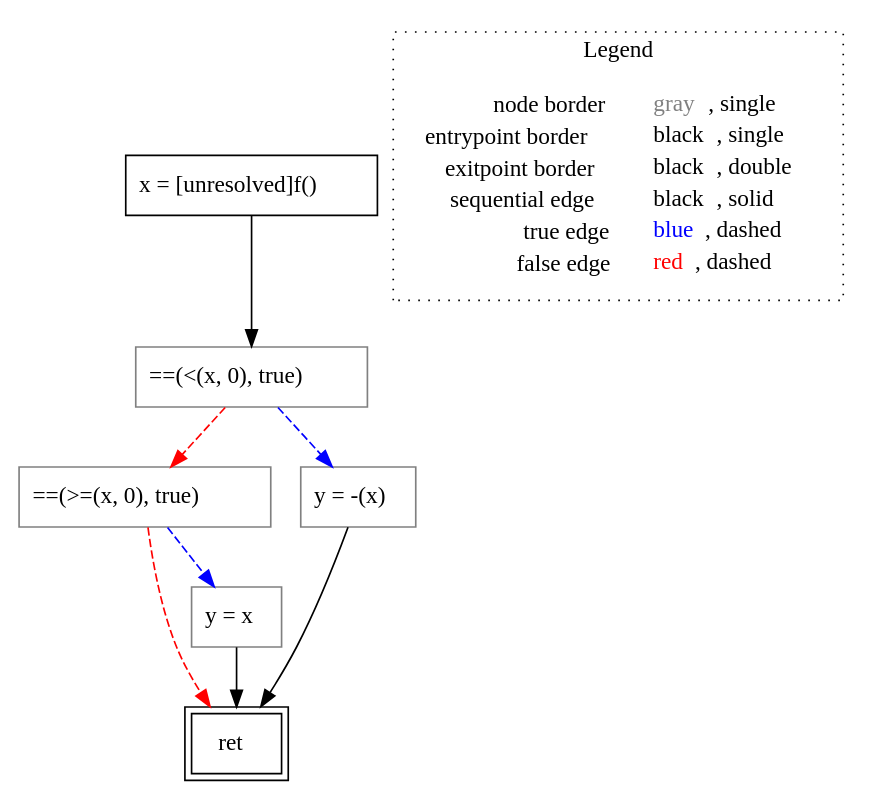
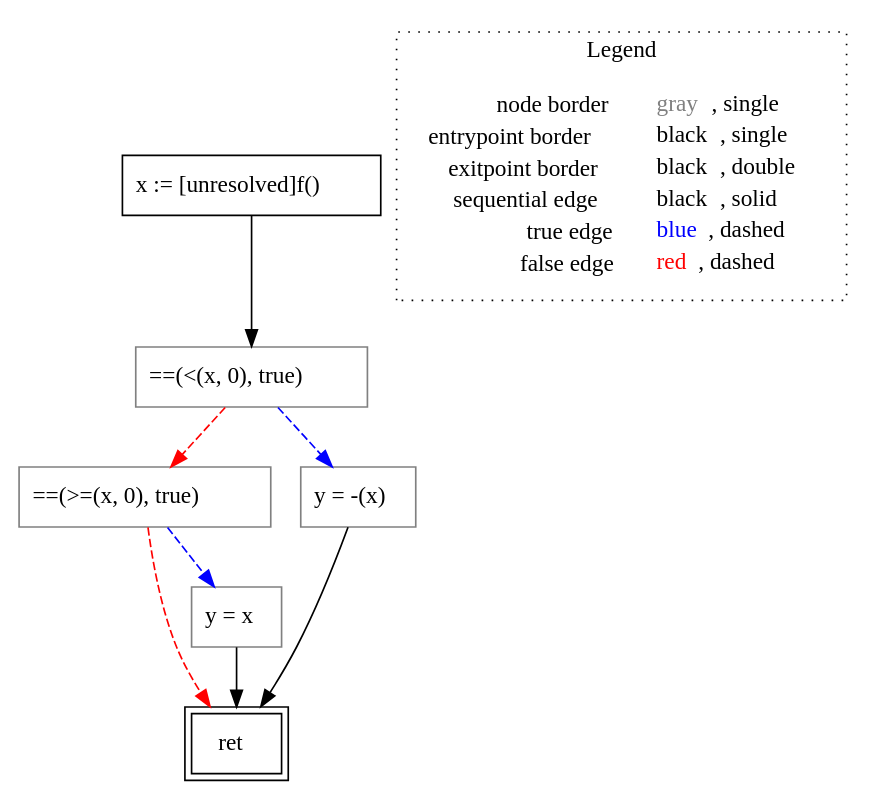
One commit to lisa-analyzer/go-lisa changed the diagram in go-lisa/go-testcases/cfg/switch/untyped_~LiSAProgram.noGuardWithAsg().dot. Above: the diagram before and after it, drawn with Graphviz. The commit also changed 9 other files, not shown here.

```diff
--- a/go-lisa/go-testcases/cfg/switch/untyped_~LiSAProgram.noGuardWithAsg().dot
+++ b/go-lisa/go-testcases/cfg/switch/untyped_~LiSAProgram.noGuardWithAsg().dot
@@ -1,22 +1,22 @@
 digraph {
-	"node0" [shape="rect",color="black",label=<x = [unresolved]f()>];
+	"node0" [shape="rect",color="black",label=<x := [unresolved]f()>];
 	"node1" [shape="rect",color="gray",label=<==(&gt;=(x, 0), true)>];
 	"node2" [shape="rect",color="black",peripheries="2",label=<ret>];
 	"node3" [shape="rect",color="gray",label=<==(&lt;(x, 0), true)>];
 	"node4" [shape="rect",color="gray",label=<y = x>];
 	"node5" [shape="rect",color="gray",label=<y = -(x)>];
 	"node1" -> "node2" [color="red",style="dashed"];
 	"node1" -> "node4" [color="blue",style="dashed"];
 	"node3" -> "node1" [color="red",style="dashed"];
 	"node3" -> "node5" [color="blue",style="dashed"];
 	"node4" -> "node2" [color="black"];
 	"node5" -> "node2" [color="black"];
 	"node0" -> "node3" [color="black"];
 subgraph cluster_legend {
 	label="Legend";
 	style=dotted;
 	node [shape=plaintext];
 	"legend" [label=<<table border="0" cellpadding="2" cellspacing="0" cellborder="0"><tr><td align="right">node border&nbsp;</td><td align="left"><font color="gray">gray</font>, single</td></tr><tr><td align="right">entrypoint border&nbsp;</td><td align="left"><font color="black">black</font>, single</td></tr><tr><td align="right">exitpoint border&nbsp;</td><td align="left"><font color="black">black</font>, double</td></tr><tr><td align="right">sequential edge&nbsp;</td><td align="left"><font color="black">black</font>, solid</td></tr><tr><td align="right">true edge&nbsp;</td><td align="left"><font color="blue">blue</font>, dashed</td></tr><tr><td align="right">false edge&nbsp;</td><td align="left"><font color="red">red</font>, dashed</td></tr></table>>];
 }
 
 }
```
